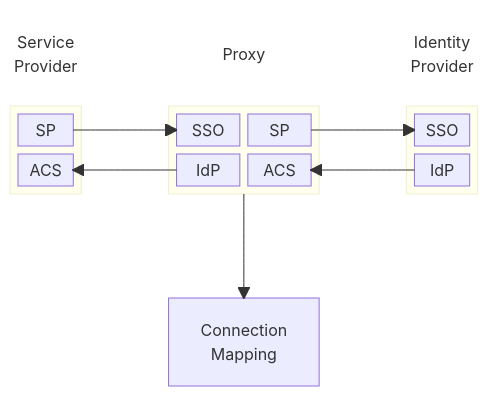
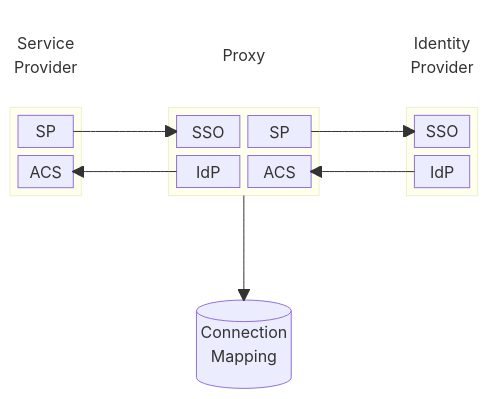
The first of 2 diagrams in README.md (mikehadlow/samlproxy), drawn with Mermaid before and after one commit.

Commit message:
block spacing

````diff
--- a/README.md
+++ b/README.md
@@ -6,54 +6,54 @@
 ```mermaid
 block-beta
 columns 6
 
     %% Headers
     h1["Service<br/>Provider"]
     space
     h2["Proxy"]:2
     space
     h3["Identity<br/>Provider"]
 
     style h1 fill:none,stroke:none
     style h2 fill:none,stroke:none
     style h3 fill:none,stroke:none
 
     %% Service Provider
     block:a
     columns 1
       a1["SP"]
       a2["ACS"]
     end
 
     space:1
 
     %% Proxy
     block:b:2
     columns 2
       b1["SSO"]
       b2["SP"]
       b3["IdP"]
       b4["ACS"]
     end
 
     space:1
 
     %% IdP
     block:c
     columns 1
       c1["SSO"]
       c2{"IdP"]
     end
 
     space:6
     space:2
-    db["Connection<br/>Mapping"]:2
+    db[("Connection<br/>Mapping")]:2
     space:2
 
     a1-->b1
     b2-->c1
     c2-->b4
     b3-->a2
 
     b-->db
 ```
````
